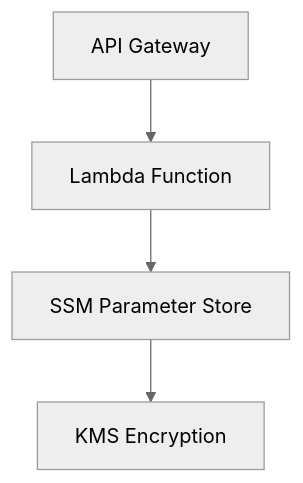
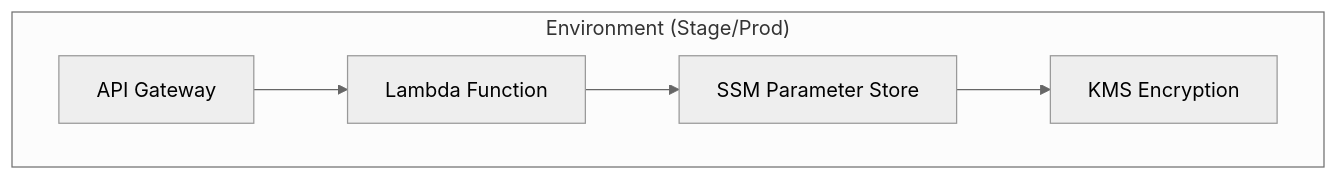
One commit to alanops/merapar-tech-test-dynamic-string changed the diagram in README.md. Above: the diagram before and after it, drawn with Mermaid (neutral theme). The commit also changed other lines of this file and 11 other files, not shown here.

````diff
--- a/README.md
+++ b/README.md
@@ -9,6 +10,8 @@
 ```mermaid
 graph TD
-    A[API Gateway] --> B[Lambda Function]
-    B --> C[SSM Parameter Store]
-    C --> D[KMS Encryption]
+    subgraph "Environment (Stage/Prod)"
+        A[API Gateway] --> B[Lambda Function]
+        B --> C[SSM Parameter Store]
+        C --> D[KMS Encryption]
+    end
 ```
````
